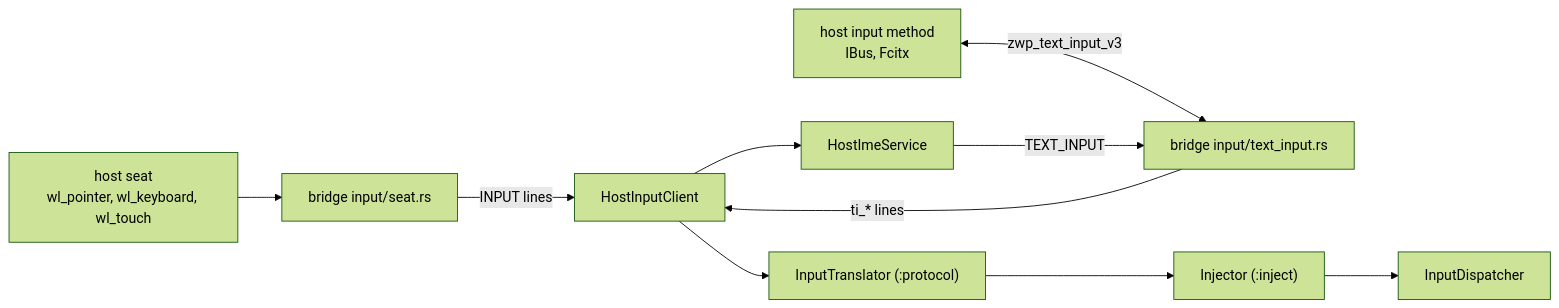
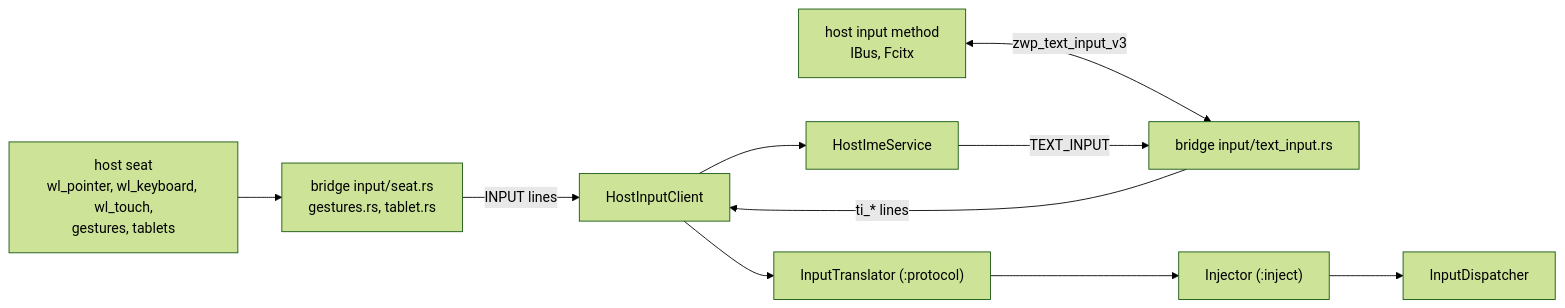
The diagram in docs/input.md (sargunv/innkeeper), drawn with Mermaid (forest theme) before and after one commit. The commit also changed other lines of this file and 9 other files, not shown here.

First line of the commit message:
system app: touchpad gestures, hi-res wheel and pen as Android's input mappers

````diff
--- a/docs/input.md
+++ b/docs/input.md
@@ -10,10 +11,10 @@
 ```mermaid
 flowchart LR
-  seat["host seat<br/>wl_pointer, wl_keyboard, wl_touch"] --> bseat["bridge input/seat.rs"]
+  seat["host seat<br/>wl_pointer, wl_keyboard, wl_touch,<br/>gestures, tablets"] --> bseat["bridge input/seat.rs<br/>gestures.rs, tablet.rs"]
   im["host input method<br/>IBus, Fcitx"] <-->|"zwp_text_input_v3"| bti["bridge input/text_input.rs"]
   bseat -->|"INPUT lines"| hic["HostInputClient"]
   bti -->|"ti_* lines"| hic
   hic --> tr["InputTranslator (:protocol)"] --> inj["Injector (:inject)"] --> disp["InputDispatcher"]
   hic --> ime["HostImeService"]
   ime -->|"TEXT_INPUT"| bti
 ```
````
